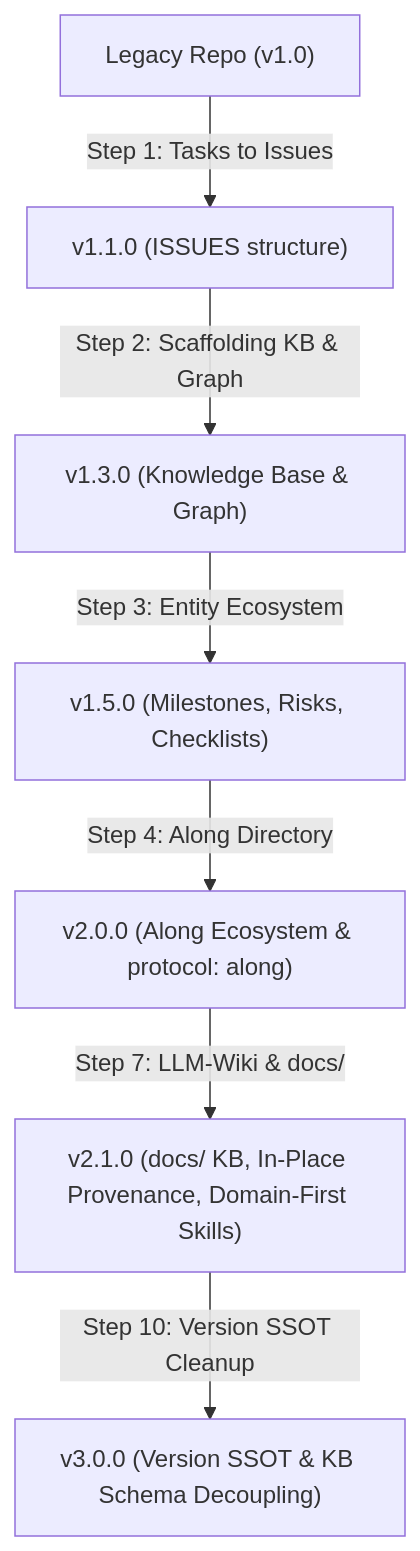
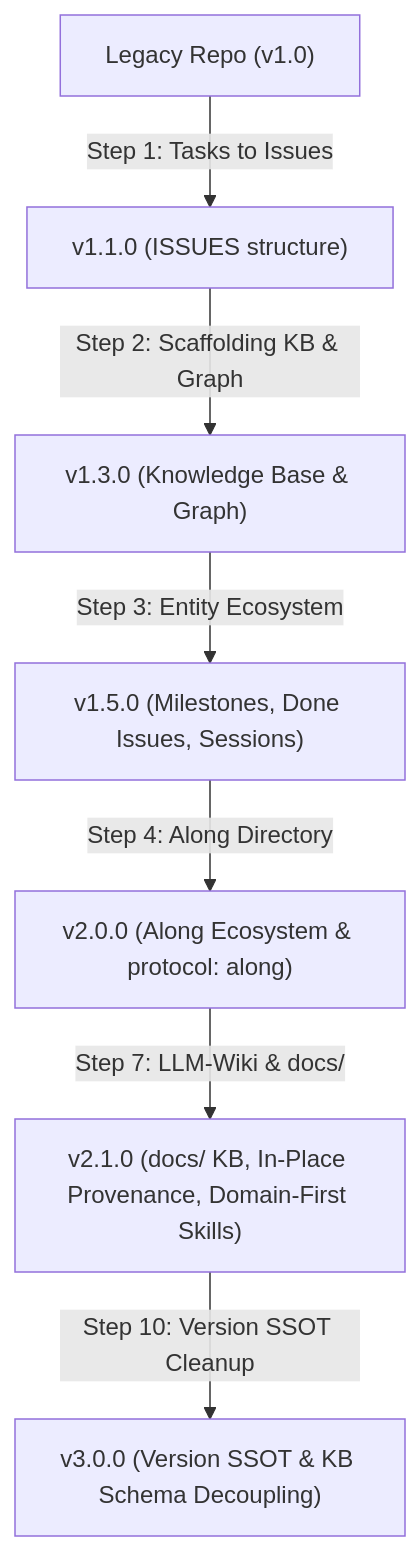
Before and after one commit to actdim/along: the diagram in docs/topic--migrations.md, drawn with Mermaid. The commit also changed other lines of this file and 69 other files, not shown here.

````diff
--- a/docs/topic--migrations.md
+++ b/docs/topic--migrations.md
@@ -35,9 +35,9 @@
 ```mermaid
 flowchart TD
     A["Legacy Repo (v1.0)"] -->|Step 1: Tasks to Issues| B["v1.1.0 (ISSUES structure)"]
     B -->|Step 2: Scaffolding KB & Graph| C["v1.3.0 (Knowledge Base & Graph)"]
-    C -->|Step 3: Entity Ecosystem| D["v1.5.0 (Milestones, Risks, Checklists)"]
+    C -->|Step 3: Entity Ecosystem| D["v1.5.0 (Milestones, Done Issues, Sessions)"]
     D -->|Step 4: Along Directory| E["v2.0.0 (Along Ecosystem & protocol: along)"]
     E -->|Step 7: LLM-Wiki & docs/| F["v2.1.0 (docs/ KB, In-Place Provenance, Domain-First Skills)"]
     F -->|Step 10: Version SSOT Cleanup| G["v3.0.0 (Version SSOT & KB Schema Decoupling)"]
 ```
````
